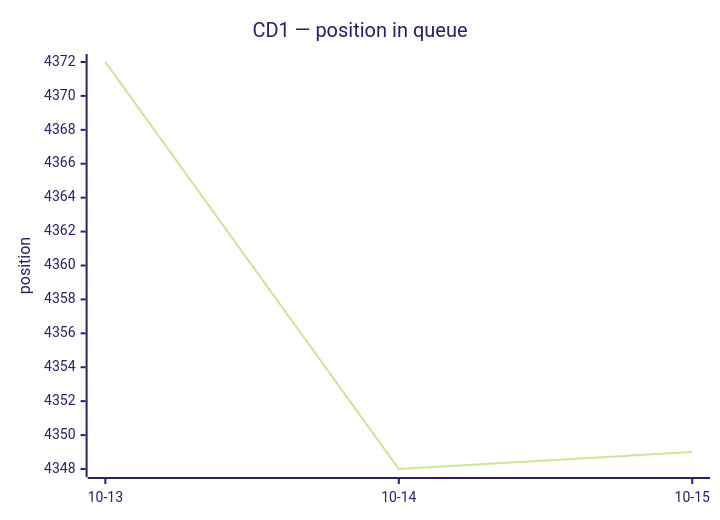
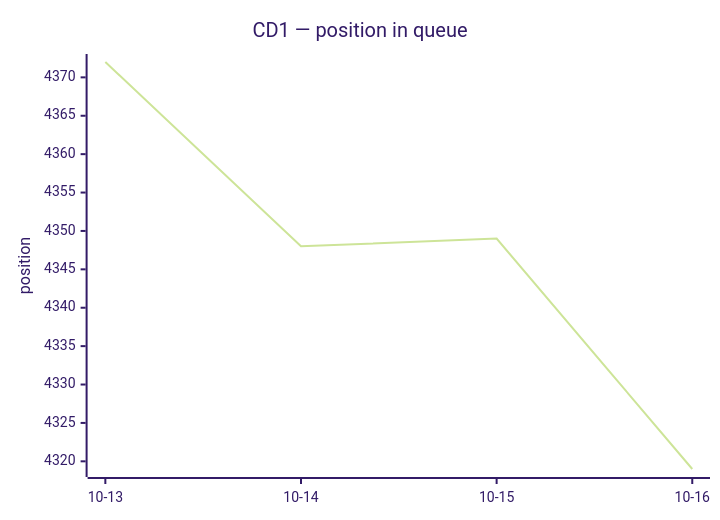
Before and after one commit to thyarles/thyarles: the second of 2 diagrams in queue/README.md, drawn with Mermaid (forest theme). The commit also changed other lines of this file and 2 other files, not shown here.

````diff
--- a/queue/README.md
+++ b/queue/README.md
@@ -101,7 +101,7 @@
 ```mermaid
 xychart-beta
   title "CD1 — position in queue"
-  x-axis ["10-13", "10-14", "10-15"]
+  x-axis ["10-13", "10-14", "10-15", "10-16"]
   y-axis "position"
-  line [4372, 4348, 4349]
+  line [4372, 4348, 4349, 4319]
 ```
````
